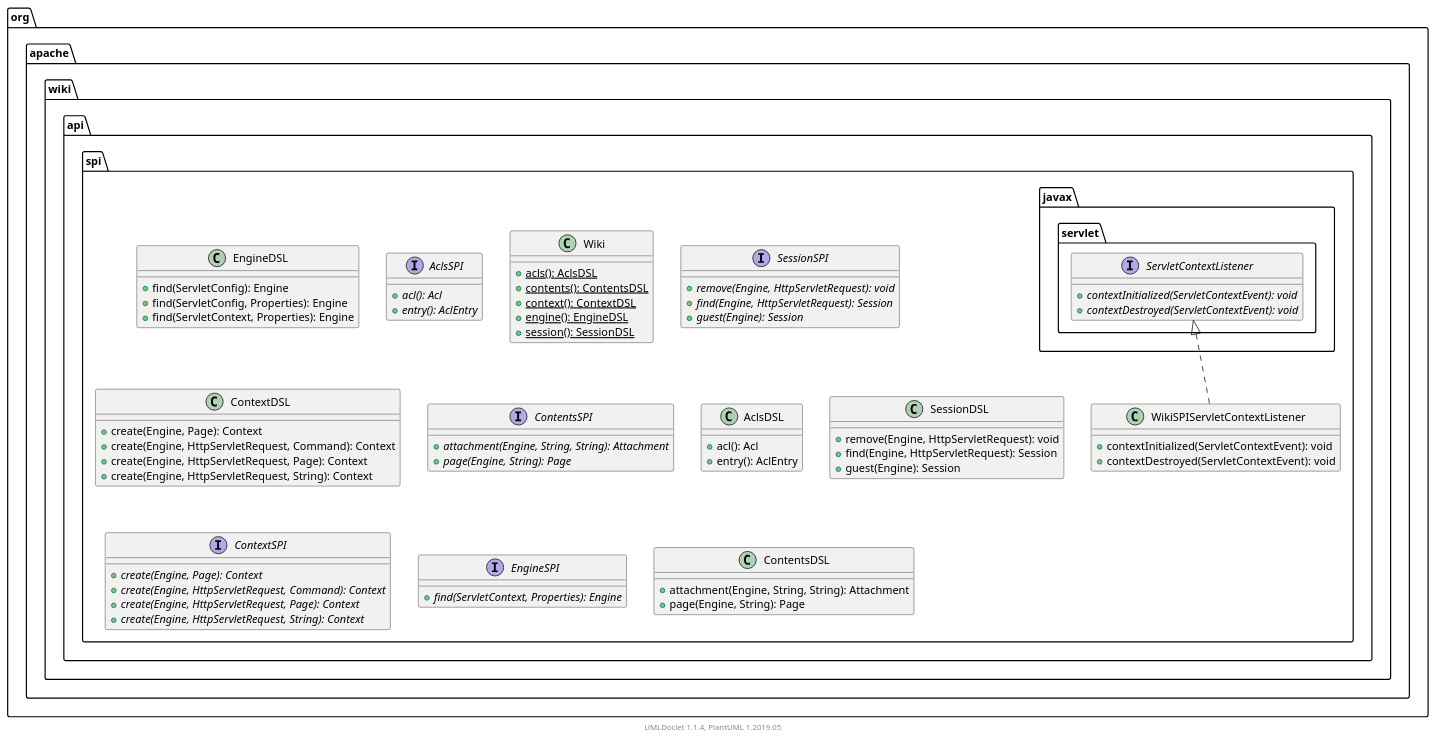
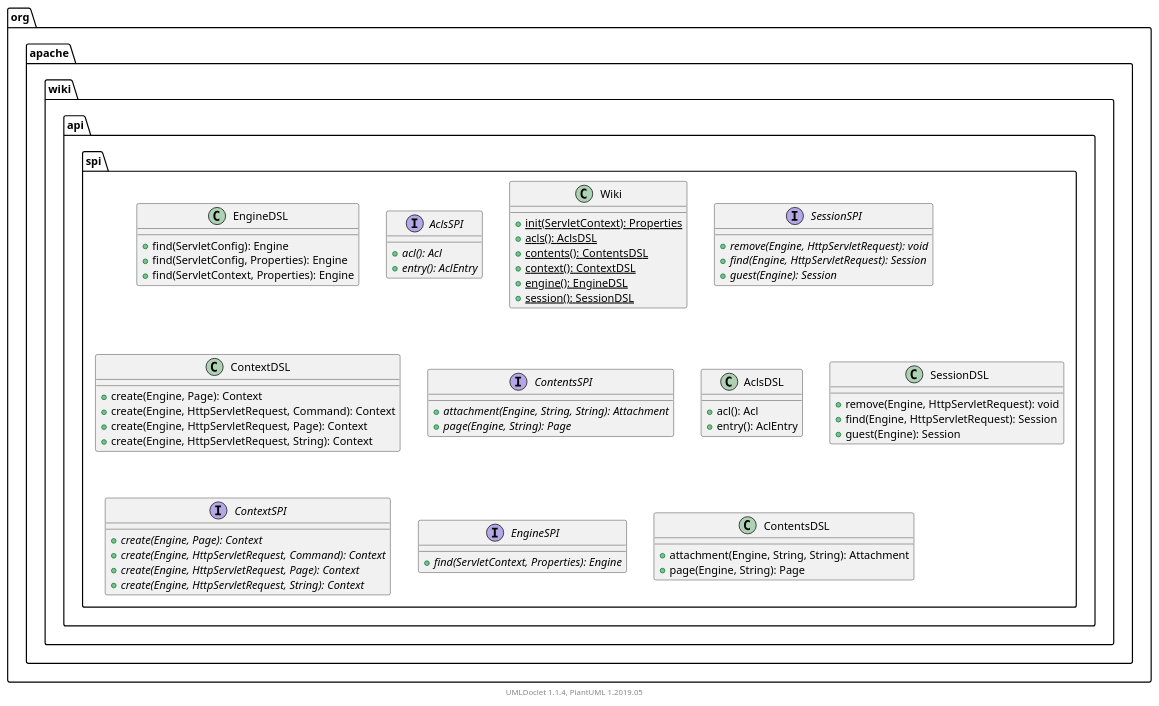
Before and after one commit to apache/jspwiki-site: the diagram in apidocs/2.11.0.M7-SNAPSHOT/org/apache/wiki/api/spi/package.puml, drawn with PlantUML. The commit also changed 1241 other files, not shown here.

```diff
--- a/apidocs/2.11.0.M7-SNAPSHOT/org/apache/wiki/api/spi/package.puml
+++ b/apidocs/2.11.0.M7-SNAPSHOT/org/apache/wiki/api/spi/package.puml
@@ -1,84 +1,74 @@
 @startuml
 
     namespace org.apache.wiki.api.spi {
 
         class EngineDSL [[EngineDSL.html]] {
             +find(ServletConfig): Engine
             +find(ServletConfig, Properties): Engine
             +find(ServletContext, Properties): Engine
         }
 
         interface AclsSPI [[AclsSPI.html]] {
             {abstract} +acl(): Acl
             {abstract} +entry(): AclEntry
         }
 
         class Wiki [[Wiki.html]] {
+            {static} +init(ServletContext): Properties
             {static} +acls(): AclsDSL
             {static} +contents(): ContentsDSL
             {static} +context(): ContextDSL
             {static} +engine(): EngineDSL
             {static} +session(): SessionDSL
         }
 
         interface SessionSPI [[SessionSPI.html]] {
             {abstract} +remove(Engine, HttpServletRequest): void
             {abstract} +find(Engine, HttpServletRequest): Session
             {abstract} +guest(Engine): Session
         }
 
         class ContextDSL [[ContextDSL.html]] {
             +create(Engine, Page): Context
             +create(Engine, HttpServletRequest, Command): Context
             +create(Engine, HttpServletRequest, Page): Context
             +create(Engine, HttpServletRequest, String): Context
         }
 
         interface ContentsSPI [[ContentsSPI.html]] {
             {abstract} +attachment(Engine, String, String): Attachment
             {abstract} +page(Engine, String): Page
         }
 
         class AclsDSL [[AclsDSL.html]] {
             +acl(): Acl
             +entry(): AclEntry
         }
 
         class SessionDSL [[SessionDSL.html]] {
             +remove(Engine, HttpServletRequest): void
             +find(Engine, HttpServletRequest): Session
             +guest(Engine): Session
         }
 
-        class WikiSPIServletContextListener [[WikiSPIServletContextListener.html]] {
-            +contextInitialized(ServletContextEvent): void
-            +contextDestroyed(ServletContextEvent): void
-        }
-
         interface ContextSPI [[ContextSPI.html]] {
             {abstract} +create(Engine, Page): Context
             {abstract} +create(Engine, HttpServletRequest, Command): Context
             {abstract} +create(Engine, HttpServletRequest, Page): Context
             {abstract} +create(Engine, HttpServletRequest, String): Context
         }
 
         interface EngineSPI [[EngineSPI.html]] {
             {abstract} +find(ServletContext, Properties): Engine
         }
 
         class ContentsDSL [[ContentsDSL.html]] {
             +attachment(Engine, String, String): Attachment
             +page(Engine, String): Page
         }
 
-        interface javax.servlet.ServletContextListener {
-            {abstract} +contextInitialized(ServletContextEvent): void
-            {abstract} +contextDestroyed(ServletContextEvent): void
-        }
-        javax.servlet.ServletContextListener <|.. WikiSPIServletContextListener
-
     }
 
 
     center footer UMLDoclet 1.1.4, PlantUML 1.2019.05
 @enduml
```
